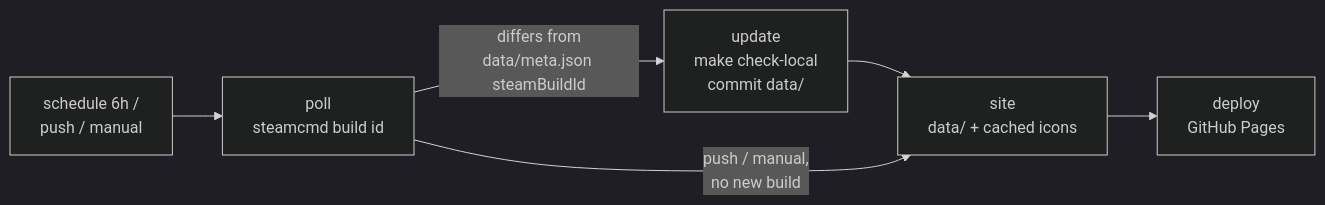
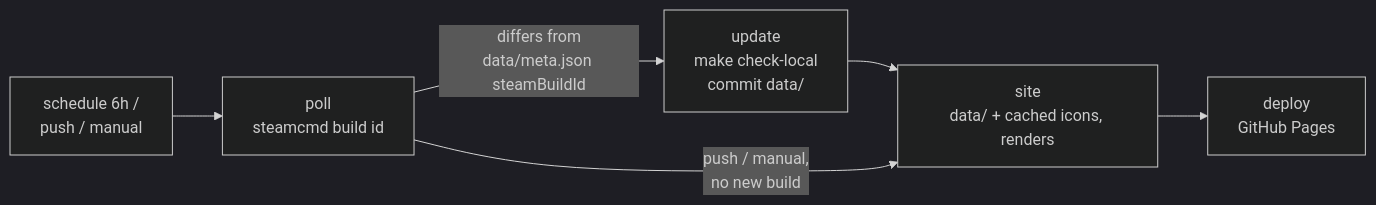
The third of 5 diagrams in Architecture.md (benders/mimir), drawn with Mermaid (dark theme) before and after one commit. The commit also changed other lines of this file and 3 other files, not shown here.

````diff
--- a/Architecture.md
+++ b/Architecture.md
@@ -70,8 +70,8 @@
 ```mermaid
 flowchart LR
     S[schedule 6h /<br/>push / manual] --> P[poll<br/>steamcmd build id]
     P -->|differs from<br/>data/meta.json steamBuildId| U[update<br/>make check-local<br/>commit data/]
-    U --> B[site<br/>data/ + cached icons]
+    U --> B[site<br/>data/ + cached icons, renders]
     P -->|push / manual,<br/>no new build| B
     B --> D[deploy<br/>GitHub Pages]
 ```
````
